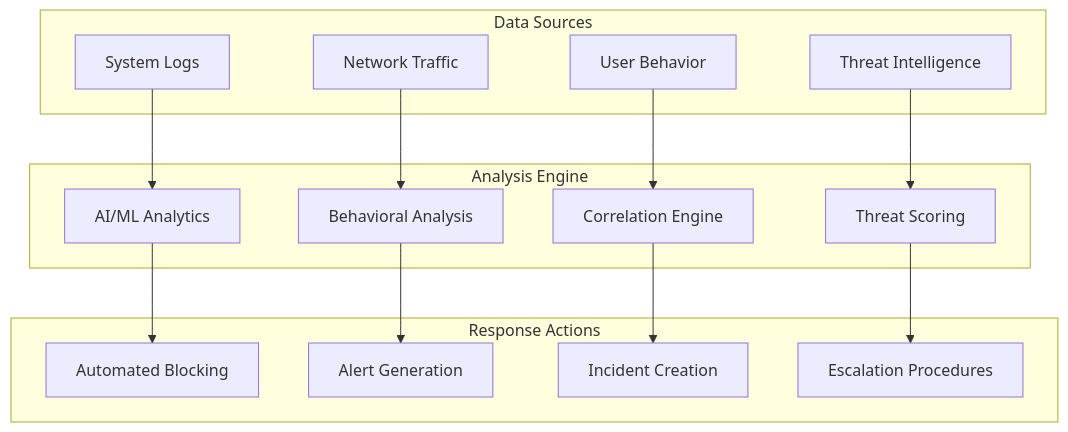
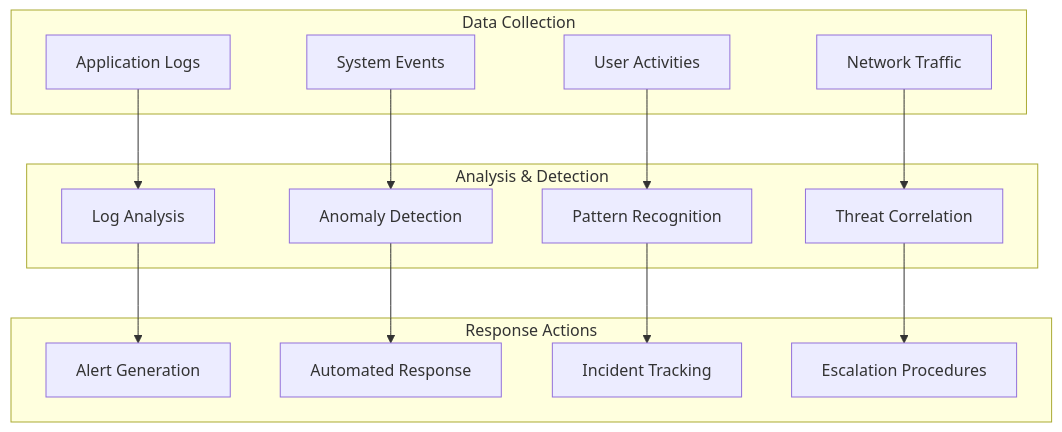
Before and after one commit to Vishwa0220/securaa-internal-documents: the fifth of 6 diagrams in secura-customer-security-documentation.md, drawn with Mermaid. The commit also changed other lines of this file, not shown here.

````diff
--- a/secura-customer-security-documentation.md
+++ b/secura-customer-security-documentation.md
@@ -355,32 +390,32 @@
 ```mermaid
 graph TB
-    subgraph "Data Sources"
-        A[System Logs]
-        B[Network Traffic]
-        C[User Behavior]
-        D[Threat Intelligence]
+    subgraph "Data Collection"
+        A[Application Logs]
+        B[System Events]
+        C[User Activities]
+        D[Network Traffic]
     end
     
-    subgraph "Analysis Engine"
-        E[AI/ML Analytics]
-        F[Behavioral Analysis]
-        G[Correlation Engine]
-        H[Threat Scoring]
+    subgraph "Analysis & Detection"
+        E[Log Analysis]
+        F[Anomaly Detection]
+        G[Pattern Recognition]
+        H[Threat Correlation]
     end
     
     subgraph "Response Actions"
-        I[Automated Blocking]
-        J[Alert Generation]
-        K[Incident Creation]
+        I[Alert Generation]
+        J[Automated Response]
+        K[Incident Tracking]
         L[Escalation Procedures]
     end
     
     A --> E
     B --> F
     C --> G
     D --> H
     E --> I
     F --> J
     G --> K
     H --> L
 ```
````
